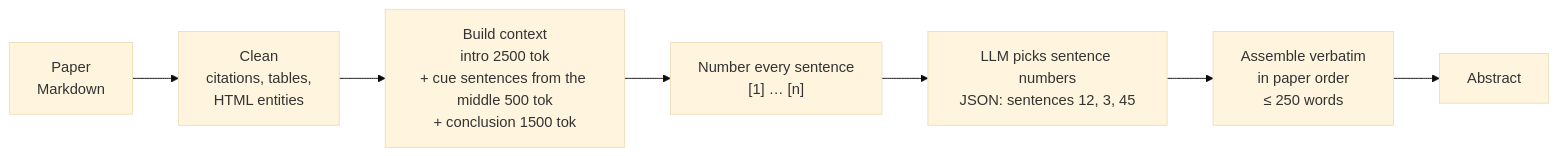
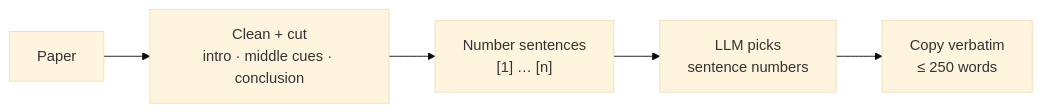
One commit to hatrieukim/whats-up-docs changed the diagram in README.md. Above: the diagram before and after it, drawn with Mermaid (base theme).

Commit message:
README: simpler pipeline diagram

````diff
--- a/README.md
+++ b/README.md
@@ -36,9 +36,7 @@
 ```mermaid
 flowchart LR
-    A[Paper<br/>Markdown] --> B[Clean<br/>citations, tables,<br/>HTML entities]
-    B --> C[Build context<br/>intro 2500 tok<br/>+ cue sentences from the middle 500 tok<br/>+ conclusion 1500 tok]
-    C --> D["Number every sentence<br/>#91;1#93; … #91;n#93;"]
-    D --> E["LLM picks sentence numbers<br/>JSON: sentences 12, 3, 45"]
-    E --> F[Assemble verbatim<br/>in paper order<br/>≤ 250 words]
-    F --> G[Abstract]
+    A["Paper"] --> B["Clean + cut<br/>intro · middle cues · conclusion"]
+    B --> C["Number sentences<br/>#91;1#93; … #91;n#93;"]
+    C --> D["LLM picks<br/>sentence numbers"]
+    D --> E["Copy verbatim<br/>≤ 250 words"]
 ```
````
